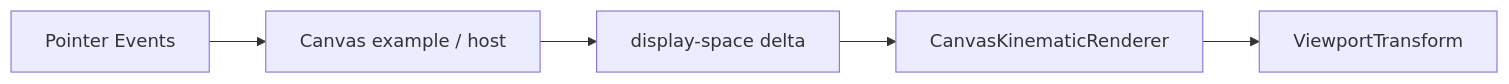
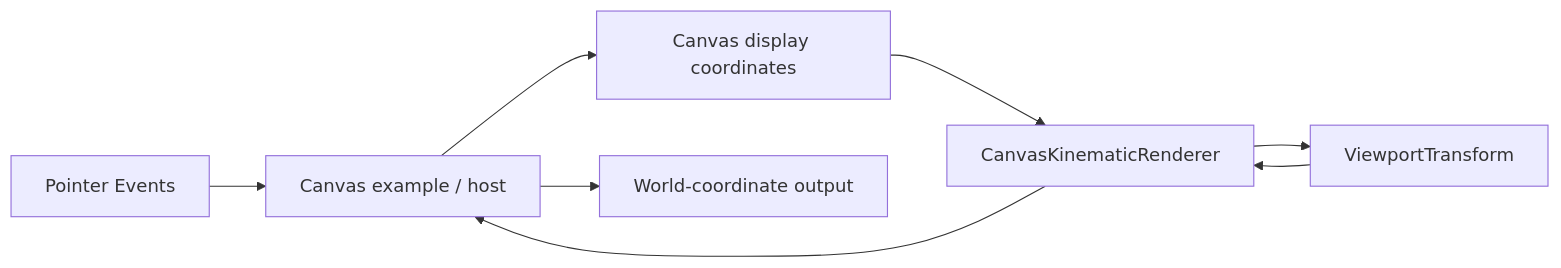
One commit to fa-ribeiro/vLab2D changed diagram 13 of 17 in docs/architecture/README.md. Above: the diagram before and after it, drawn with Mermaid. The commit also changed other lines of this file and 10 other files, not shown here.

Commit message:
feat(visualization): add pointer world-coordinate inspection

````diff
--- a/docs/architecture/README.md
+++ b/docs/architecture/README.md
@@ -583,10 +591,12 @@
 ```mermaid
 flowchart LR
     POINTER["Pointer Events"]
     HOST["Canvas example / host"]
-    DELTA["display-space delta"]
+    DISPLAY["Canvas display coordinates"]
     RENDERER["CanvasKinematicRenderer"]
     TRANSFORM["ViewportTransform"]
+    OUTPUT["World-coordinate output"]
 
-    POINTER --> HOST --> DELTA --> RENDERER --> TRANSFORM
+    POINTER --> HOST --> DISPLAY --> RENDERER --> TRANSFORM
+    TRANSFORM --> RENDERER --> HOST --> OUTPUT
 ```
````
